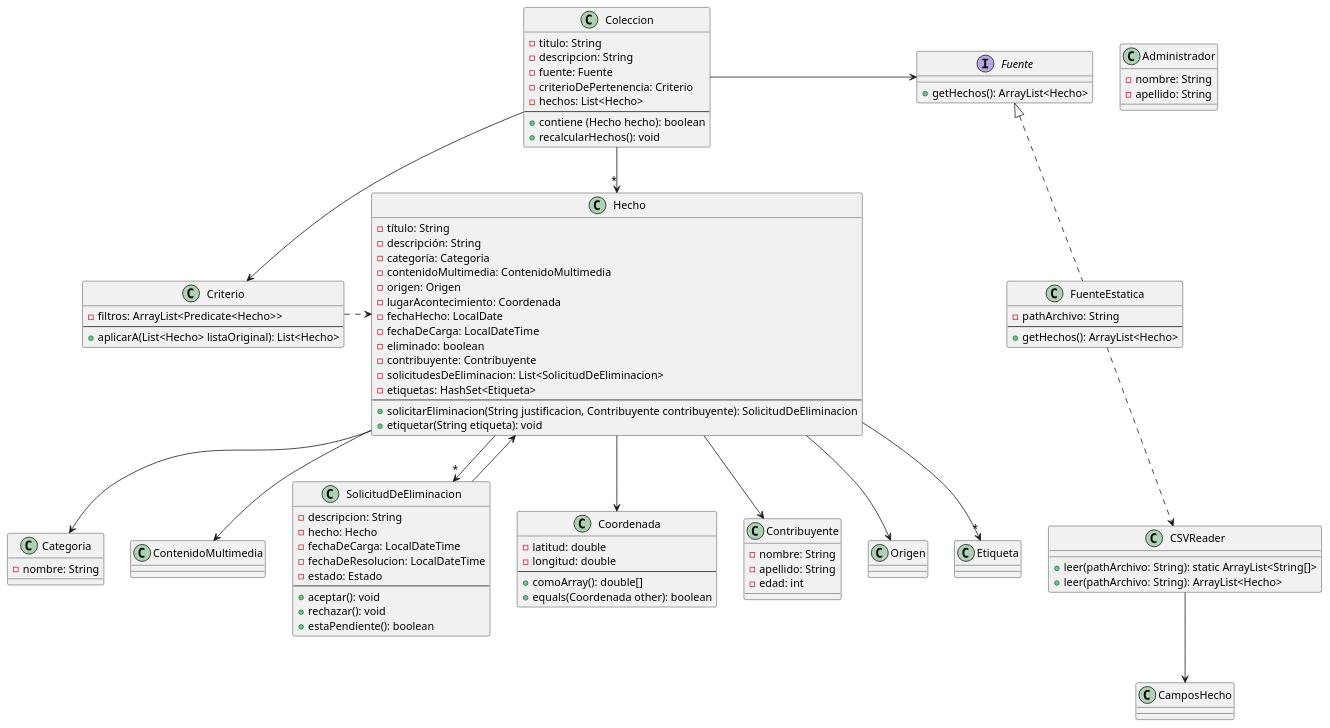
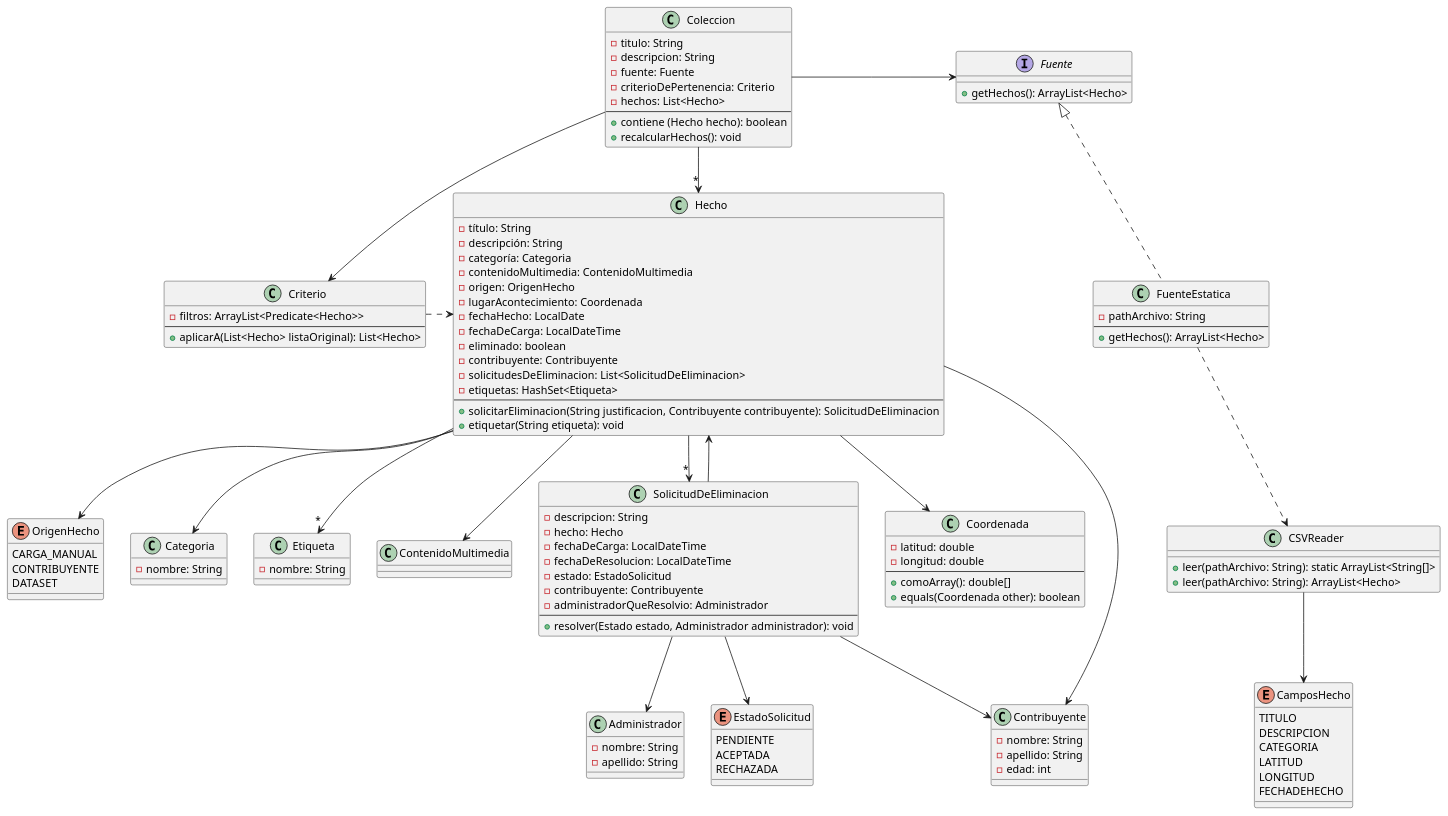
Before and after one commit to faustorod1/MetaMapa: the diagram in DiagDeClases.puml, drawn with PlantUML. The commit also changed 19 other files, not shown here.

```diff
--- a/DiagDeClases.puml
+++ b/DiagDeClases.puml
@@ -1,120 +1,145 @@
 @startuml
 
 class Hecho{
 - título: String
 - descripción: String
 - categoría: Categoria
 - contenidoMultimedia: ContenidoMultimedia
-- origen: Origen
+- origen: OrigenHecho
 - lugarAcontecimiento: Coordenada
 - fechaHecho: LocalDate
 - fechaDeCarga: LocalDateTime
 - eliminado: boolean
 - contribuyente: Contribuyente
 - solicitudesDeEliminacion: List<SolicitudDeEliminacion>
 - etiquetas: HashSet<Etiqueta>
 --
 + solicitarEliminacion(String justificacion, Contribuyente contribuyente): SolicitudDeEliminacion
 + etiquetar(String etiqueta): void
 }
+enum OrigenHecho{
+CARGA_MANUAL
+CONTRIBUYENTE
+DATASET
+}
+
+enum CamposHecho{
+ TITULO
+ DESCRIPCION
+ CATEGORIA
+ LATITUD
+ LONGITUD
+ FECHADEHECHO
+}
 
 class Categoria{
 - nombre: String
 }
 
+class Etiqueta{
+- nombre: String
+}
 
 class Coleccion{
 - titulo: String
 - descripcion: String
 - fuente: Fuente
 - criterioDePertenencia: Criterio
 - hechos: List<Hecho>
 --
 + contiene (Hecho hecho): boolean
 + recalcularHechos(): void
 }
 
 class ContenidoMultimedia{}
 
 class Criterio{
 - filtros: ArrayList<Predicate<Hecho>>
 --
 + aplicarA(List<Hecho> listaOriginal): List<Hecho>
 }
 
-
 class SolicitudDeEliminacion{
 - descripcion: String
 - hecho: Hecho
 - fechaDeCarga: LocalDateTime
 - fechaDeResolucion: LocalDateTime
-- estado: Estado
+- estado: EstadoSolicitud
+- contribuyente: Contribuyente
+- administradorQueResolvio: Administrador
 --
-+ aceptar(): void
-+ rechazar(): void
-+ estaPendiente(): boolean
++ resolver(Estado estado, Administrador administrador): void
+}
+
+enum EstadoSolicitud {
+PENDIENTE
+ACEPTADA
+RECHAZADA
 }
 
 interface Fuente{
 + getHechos(): ArrayList<Hecho>
 }
 
 class FuenteEstatica{
 - pathArchivo: String
 --
 + getHechos(): ArrayList<Hecho>
 }
 
 class Coordenada{
 - latitud: double
 - longitud: double
 --
 + comoArray(): double[]
 + equals(Coordenada other): boolean
 }
 
 class Administrador{
 - nombre: String
 - apellido: String
 }
 
 class Contribuyente{
 - nombre: String
 - apellido: String
 - edad: int
 }
 
 class CSVReader{
  + leer(pathArchivo: String): static ArrayList<String[]>
  + leer(pathArchivo: String): ArrayList<Hecho>
 }
 
 
 
 
 
 
 Hecho --> Categoria
 Hecho --> Coordenada
 Hecho -->"*" SolicitudDeEliminacion
 Hecho --> ContenidoMultimedia
-Hecho --> Origen
+Hecho --> OrigenHecho
 Hecho -->"*" Etiqueta
 Hecho --> Contribuyente
 
 Coleccion -r-> Fuente
 Coleccion --> Criterio
 Coleccion -->"*" Hecho
 
 
 Criterio .r.> Hecho
 
 SolicitudDeEliminacion --> Hecho
+SolicitudDeEliminacion --> EstadoSolicitud
+SolicitudDeEliminacion --> Contribuyente
+SolicitudDeEliminacion --> Administrador
 
 FuenteEstatica .u.|> Fuente
 FuenteEstatica ..> CSVReader
 
 CSVReader --> CamposHecho
 
 
 @enduml
```
